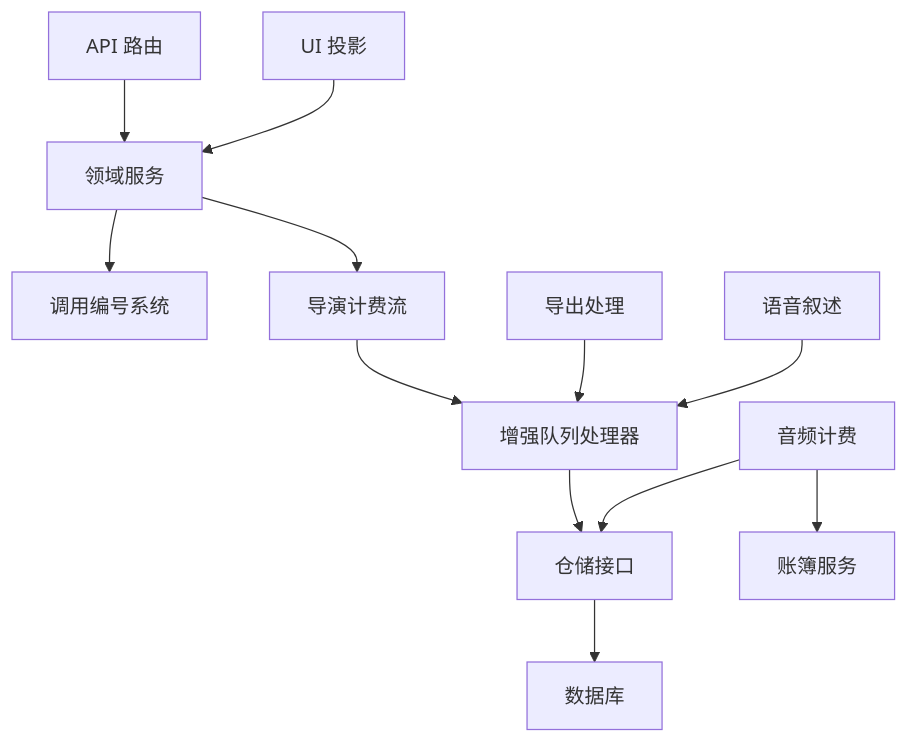
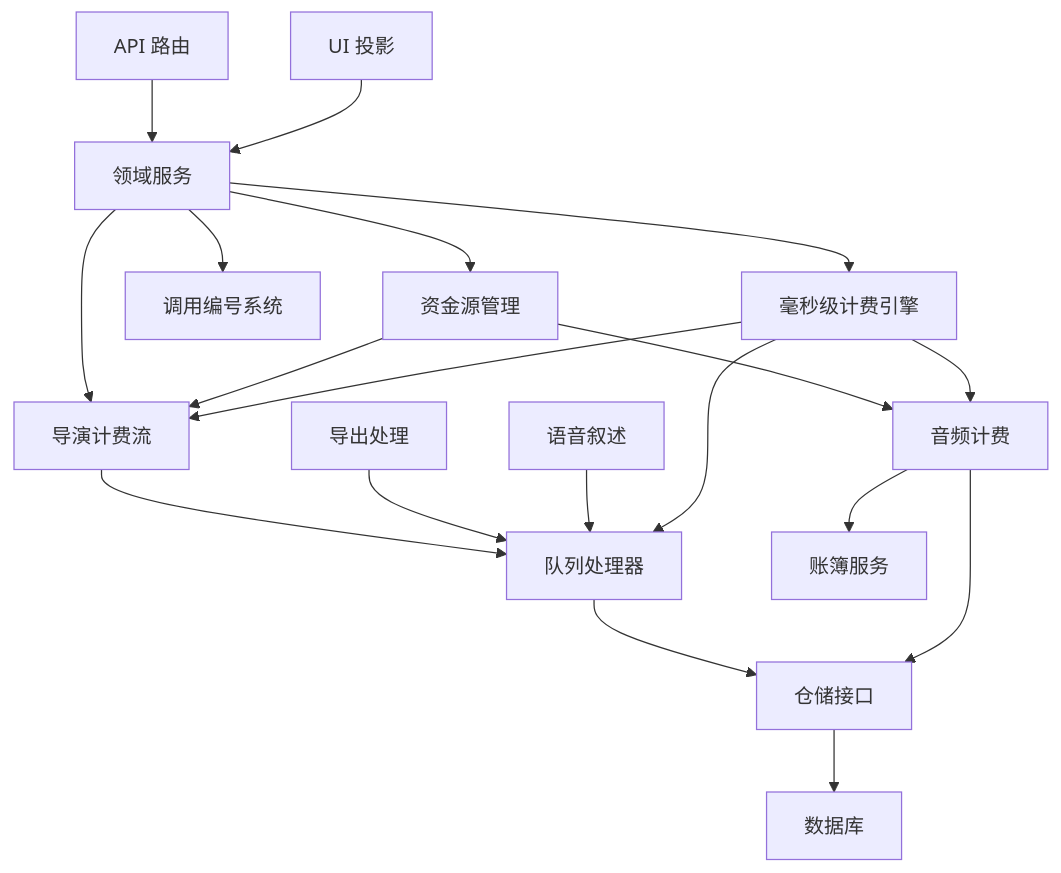
One commit to scottcwy/PurpleInk changed diagram 16 of 16 in .qoder/repowiki/zh/content/项目概述/计费配置/计费和会计账簿系统.md. Above: the diagram before and after it, drawn with Mermaid. The commit also changed other lines of this file and 37 other files, not shown here.

````diff
--- a/.qoder/repowiki/zh/content/项目概述/计费配置/计费和会计账簿系统.md
+++ b/.qoder/repowiki/zh/content/项目概述/计费配置/计费和会计账簿系统.md
@@ -603,14 +713,21 @@
 ```mermaid
 graph TB
 API["API 路由"] --> Domain["领域服务"]
+Domain --> MillisecondEngine["毫秒级计费引擎"]
 Domain --> Invocation["调用编号系统"]
 Domain --> Stream["导演计费流"]
-Stream --> Queue["增强队列处理器"]
+Domain --> Funding["资金源管理"]
+Stream --> Queue["队列处理器"]
 Queue --> Repo["仓储接口"]
 Repo --> DB["数据库"]
 UI["UI 投影"] --> Domain
 Audio["音频计费"] --> Repo
 Audio --> Ledger["账簿服务"]
 Export["导出处理"] --> Queue
 Narration["语音叙述"] --> Queue
+Funding --> Audio
+Funding --> Stream
+MillisecondEngine --> Audio
+MillisecondEngine --> Stream
+MillisecondEngine --> Queue
 ```
````
